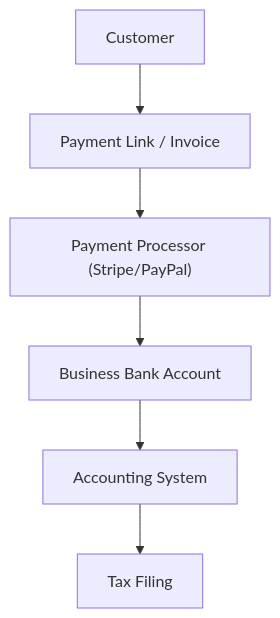
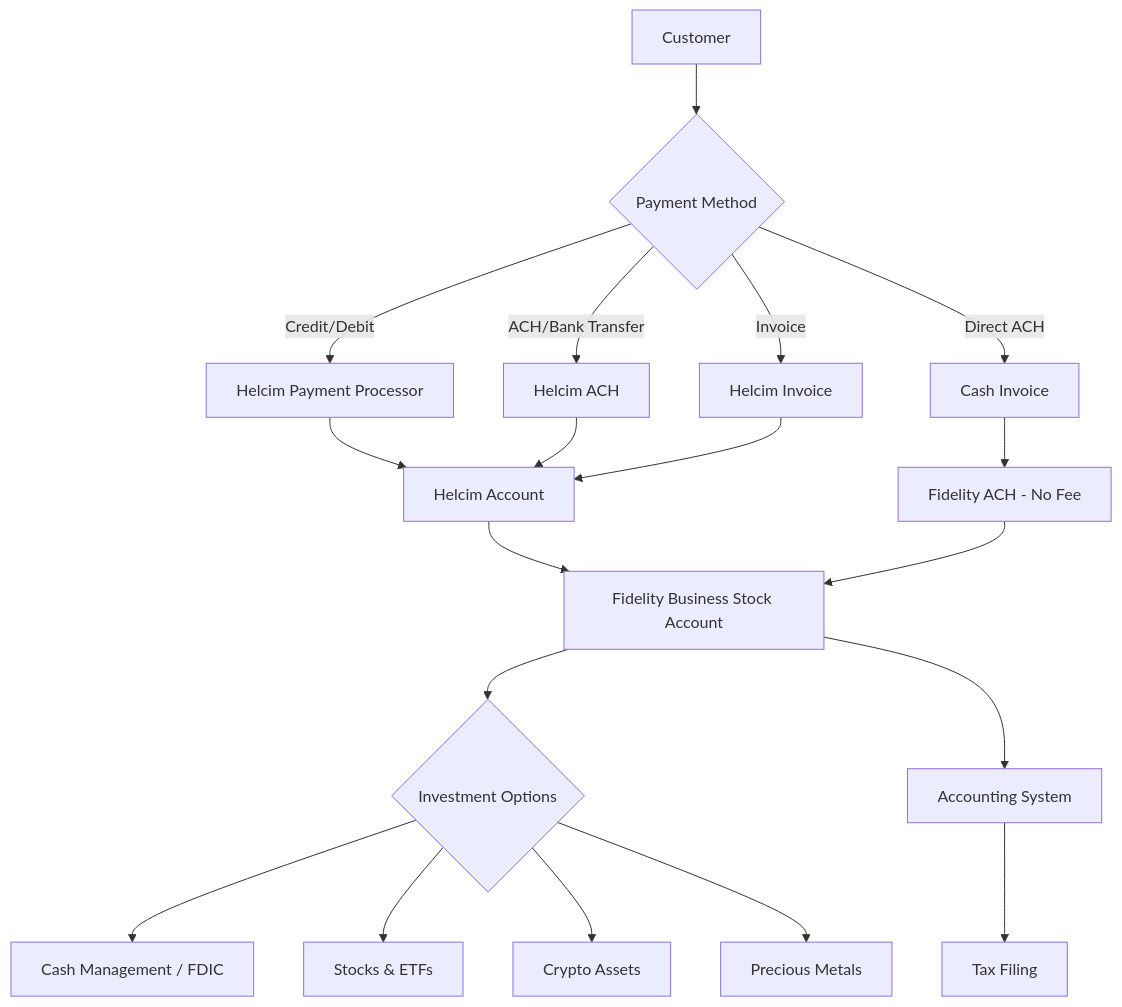
Before and after one commit to borealBytes/startup-blueprint: the diagram in docs/guides/05-financial-tools.md, drawn with Mermaid. The commit also changed other lines of this file, not shown here.

First line of the commit message:
docs: update financial tools guide with Fidelity banking and Helcim payment processing 💰✨

````diff
--- a/docs/guides/05-financial-tools.md
+++ b/docs/guides/05-financial-tools.md
@@ -29,11 +34,28 @@
 ```mermaid
 flowchart TD
-    accTitle: Payment and Accounting Flow
-    accDescr: End-to-end flow from customer payment through processor to bank account, accounting system, and tax filing
+    accTitle: Payment and Banking Flow
+    accDescr: End-to-end flow from customer payment through processor to business banking with investment options
 
-    customer[Customer] --> payment_link[Payment Link / Invoice]
-    payment_link --> payment_processor["Payment Processor (Stripe/PayPal)"]
-    payment_processor --> business_bank[Business Bank Account]
-    business_bank --> accounting_system[Accounting System]
+    customer[Customer] --> payment_options{Payment Method}
+    payment_options -->|Credit/Debit| helcim_processor[Helcim Payment Processor]
+    payment_options -->|ACH/Bank Transfer| helcim_ach[Helcim ACH]
+    payment_options -->|Invoice| helcim_invoice[Helcim Invoice]
+    payment_options -->|Direct ACH| cash_invoice[Cash Invoice]
+    
+    helcim_processor --> helcim_account[Helcim Account]
+    helcim_ach --> helcim_account
+    helcim_invoice --> helcim_account
+    cash_invoice --> fidelity_direct[Fidelity ACH - No Fee]
+    
+    helcim_account --> fidelity_bank[Fidelity Business Stock Account]
+    fidelity_direct --> fidelity_bank
+    
+    fidelity_bank --> investment_options{Investment Options}
+    investment_options --> cash_mgmt[Cash Management / FDIC]
+    investment_options --> stocks_etfs[Stocks & ETFs]
+    investment_options --> crypto[Crypto Assets]
+    investment_options --> metals[Precious Metals]
+    
+    fidelity_bank --> accounting_system[Accounting System]
     accounting_system --> tax_filing[Tax Filing]
 ```
````
